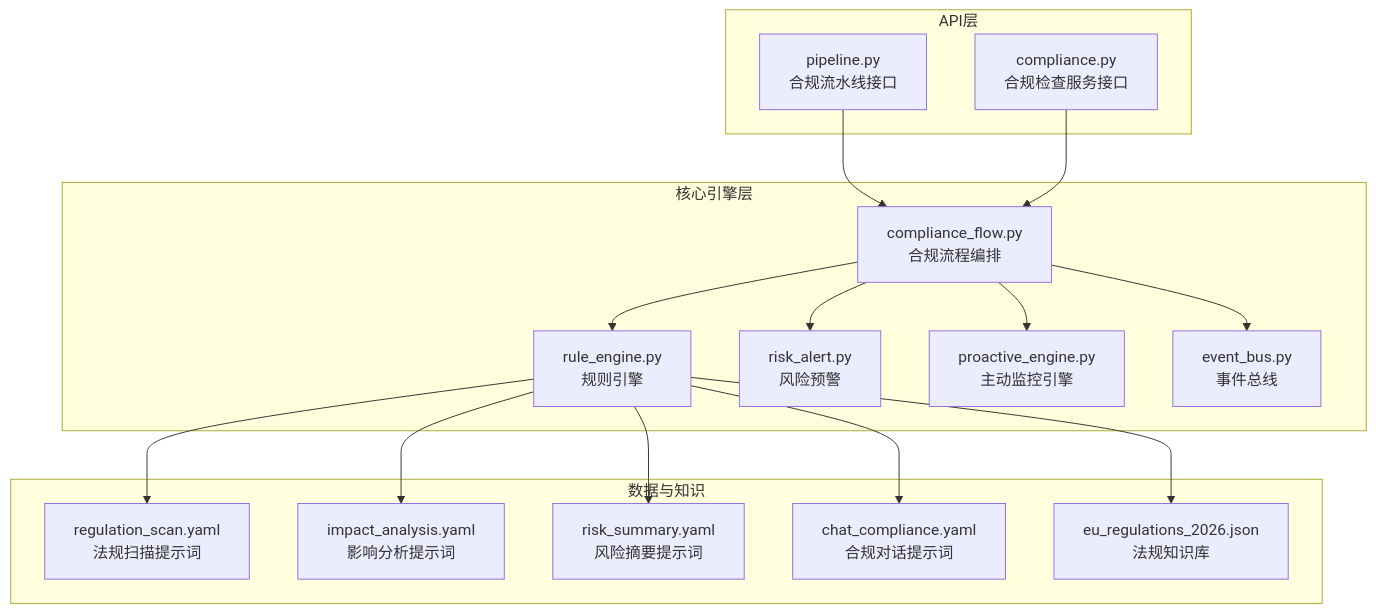
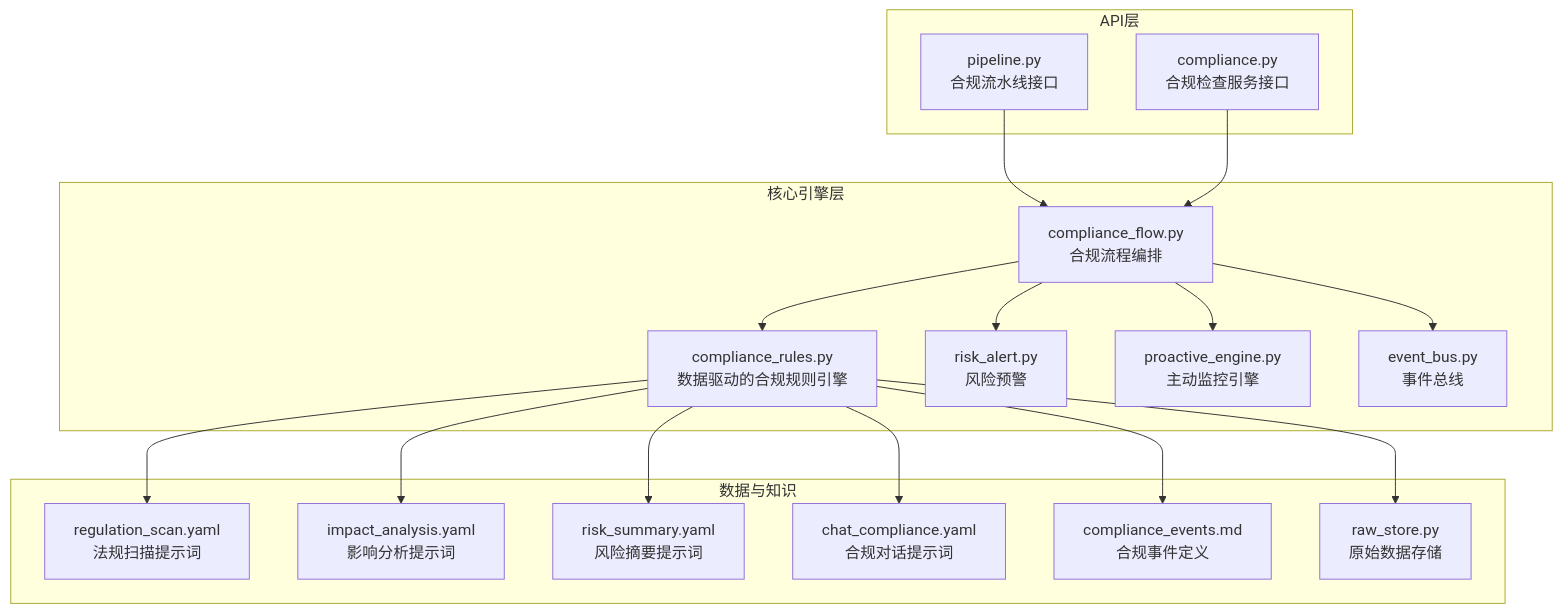
One commit to angledick/- changed the first of 9 diagrams in .qoder/repowiki/zh/content/核心业务模块/合规检查系统/合规检查系统.md. Above: the diagram before and after it, drawn with Mermaid. The commit also changed other lines of this file and 69 other files, not shown here.

````diff
--- a/.qoder/repowiki/zh/content/核心业务模块/合规检查系统/合规检查系统.md
+++ b/.qoder/repowiki/zh/content/核心业务模块/合规检查系统/合规检查系统.md
@@ -45,32 +44,34 @@
 ```mermaid
 graph TB
 subgraph "API层"
 A1["pipeline.py<br/>合规流水线接口"]
 A2["compliance.py<br/>合规检查服务接口"]
 end
 subgraph "核心引擎层"
 C1["compliance_flow.py<br/>合规流程编排"]
-C2["rule_engine.py<br/>规则引擎"]
+C2["compliance_rules.py<br/>数据驱动的合规规则引擎"]
 C3["risk_alert.py<br/>风险预警"]
 C4["proactive_engine.py<br/>主动监控引擎"]
 C5["event_bus.py<br/>事件总线"]
 end
 subgraph "数据与知识"
 D1["regulation_scan.yaml<br/>法规扫描提示词"]
 D2["impact_analysis.yaml<br/>影响分析提示词"]
 D3["risk_summary.yaml<br/>风险摘要提示词"]
 D4["chat_compliance.yaml<br/>合规对话提示词"]
-D5["eu_regulations_2026.json<br/>法规知识库"]
+D5["compliance_events.md<br/>合规事件定义"]
+D6["raw_store.py<br/>原始数据存储"]
 end
 A1 --> C1
 A2 --> C1
 C1 --> C2
 C1 --> C3
 C1 --> C4
 C1 --> C5
+C2 --> D6
 C2 --> D1
 C2 --> D2
 C2 --> D3
 C2 --> D4
 C2 --> D5
 ```
````
